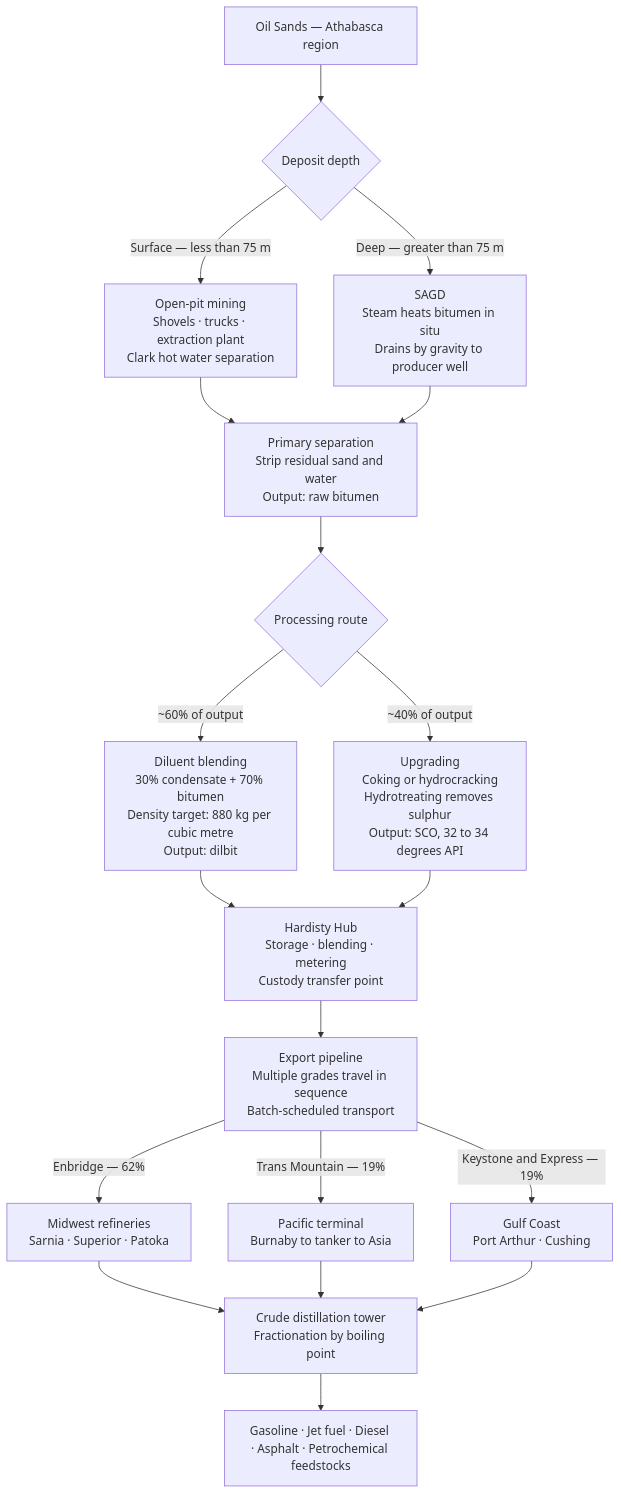
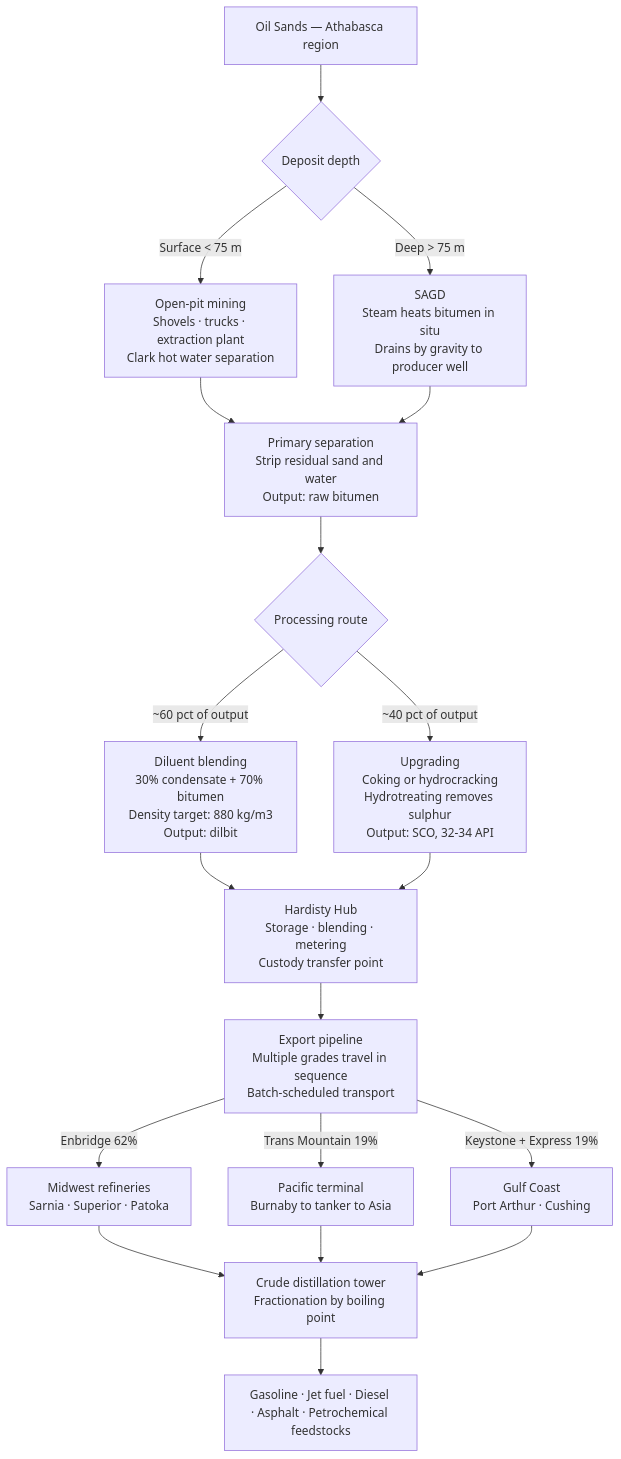
Before and after one commit to WaywardHouse/wh-essays: the diagram in albertas-pipeline-geography.qmd, drawn with Mermaid.

````diff
--- a/albertas-pipeline-geography.qmd
+++ b/albertas-pipeline-geography.qmd
@@ -84,21 +84,21 @@
 ```{mermaid}
 flowchart TD
     A[ Oil Sands — Athabasca region ] --> B{Deposit depth}
-    B -->| Surface — less than 75 m | C["Open-pit mining<br>Shovels · trucks · extraction plant<br>Clark hot water separation"]
-    B -->| Deep — greater than 75 m | D["SAGD<br>Steam heats bitumen in situ<br>Drains by gravity to producer well"]
+    B -->|"Surface &lt; 75 m"| C["Open-pit mining<br>Shovels · trucks · extraction plant<br>Clark hot water separation"]
+    B -->|"Deep &gt; 75 m"| D["SAGD<br>Steam heats bitumen in situ<br>Drains by gravity to producer well"]
     C --> E["Primary separation<br>Strip residual sand and water<br>Output: raw bitumen"]
     D --> E
     E --> F{Processing route}
-    F -->| ~60% of output | G["Diluent blending<br>30% condensate + 70% bitumen<br>Density target: 880 kg per cubic metre<br>Output: dilbit"]
-    F -->| ~40% of output | H["Upgrading<br>Coking or hydrocracking<br>Hydrotreating removes sulphur<br>Output: SCO, 32 to 34 degrees API"]
+    F -->|"~60 pct of output"| G["Diluent blending<br>30% condensate + 70% bitumen<br>Density target: 880 kg/m3<br>Output: dilbit"]
+    F -->|"~40 pct of output"| H["Upgrading<br>Coking or hydrocracking<br>Hydrotreating removes sulphur<br>Output: SCO, 32-34 API"]
     G --> I["Hardisty Hub<br>Storage · blending · metering<br>Custody transfer point"]
     H --> I
     I --> J["Export pipeline<br>Multiple grades travel in sequence<br>Batch-scheduled transport"]
-    J -->| Enbridge — 62% | K["Midwest refineries<br>Sarnia · Superior · Patoka"]
-    J -->| Trans Mountain — 19% | L["Pacific terminal<br>Burnaby to tanker to Asia"]
-    J -->| Keystone and Express — 19% | M["Gulf Coast<br>Port Arthur · Cushing"]
+    J -->|"Enbridge 62%"| K["Midwest refineries<br>Sarnia · Superior · Patoka"]
+    J -->|"Trans Mountain 19%"| L["Pacific terminal<br>Burnaby to tanker to Asia"]
+    J -->|"Keystone + Express 19%"| M["Gulf Coast<br>Port Arthur · Cushing"]
     K --> N["Crude distillation tower<br>Fractionation by boiling point"]
     L --> N
     M --> N
     N --> O["Gasoline · Jet fuel · Diesel · Asphalt · Petrochemical feedstocks"]
 ```
````
